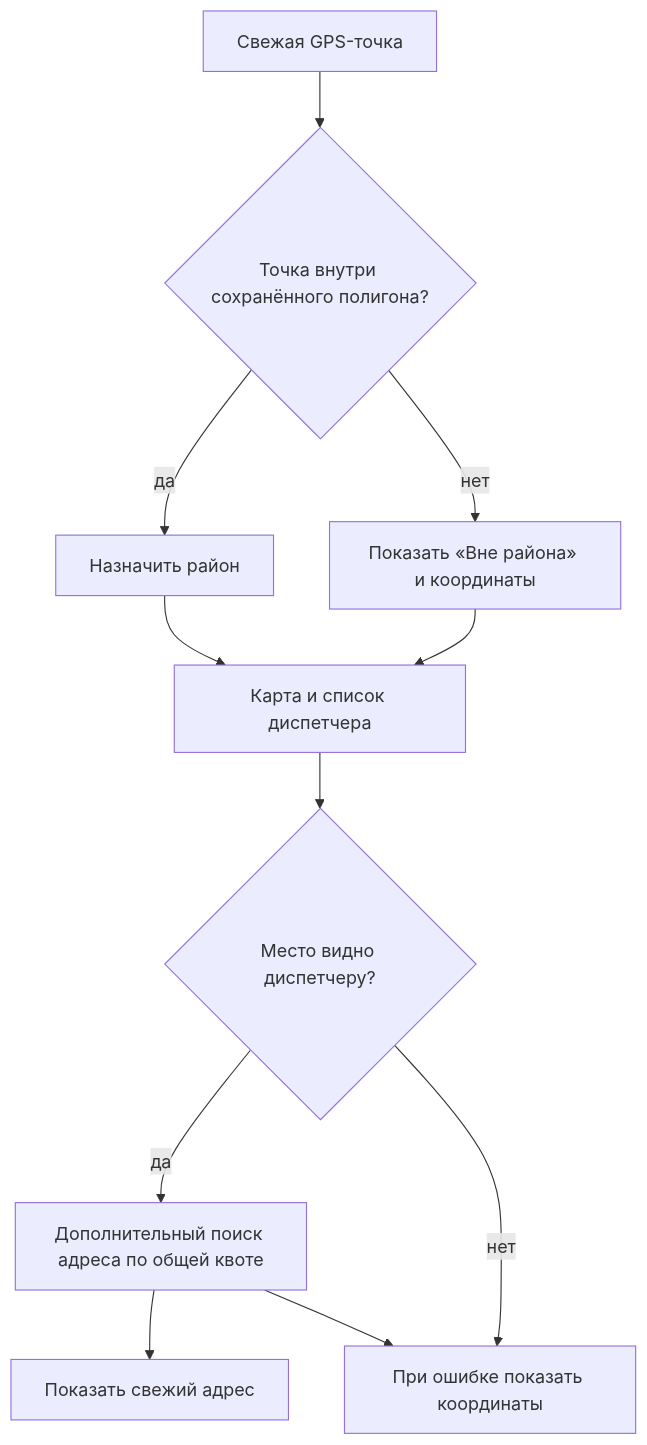
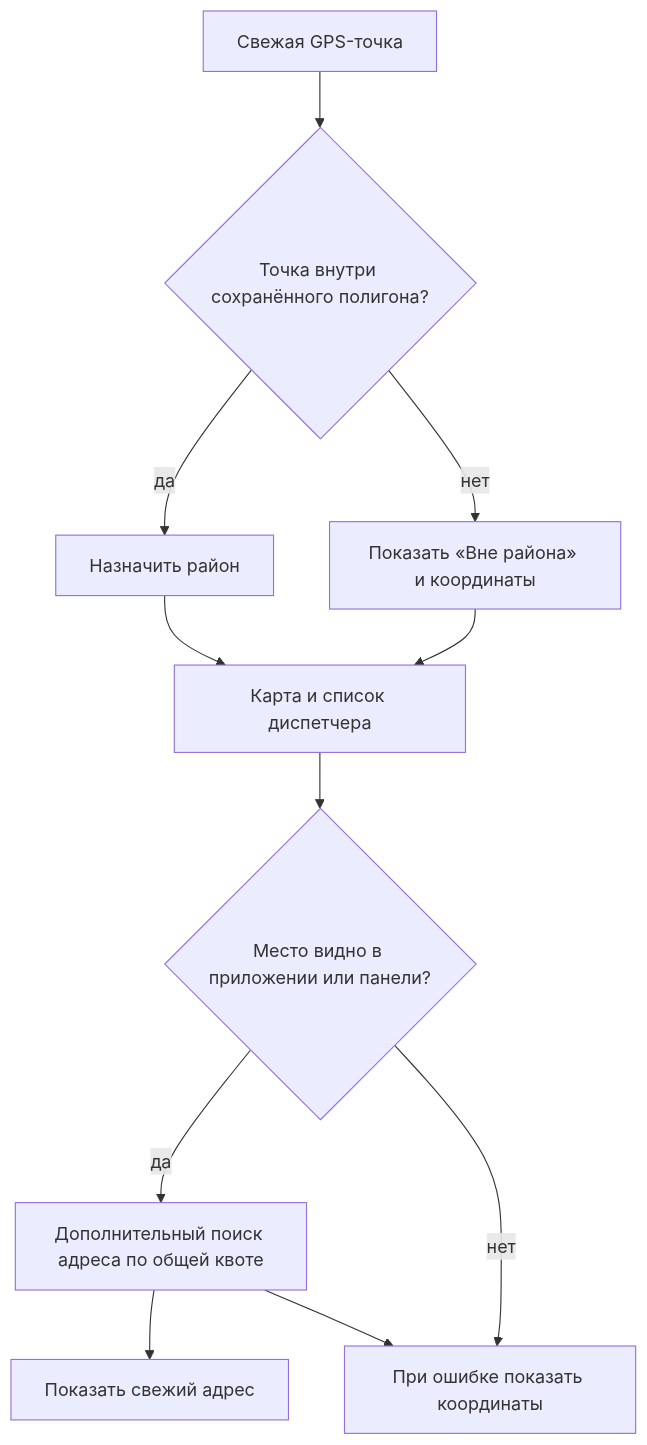
Before and after one commit to bagtyyarkovusov/tayyn-hyzmat-project: the sixth of 6 diagrams in docs/guide/flows.ru.md, drawn with Mermaid. The commit also changed other lines of this file and 13 other files, not shown here.

````diff
--- a/docs/guide/flows.ru.md
+++ b/docs/guide/flows.ru.md
@@ -103,13 +112,13 @@
 ```mermaid
 flowchart TD
   G[Свежая GPS-точка] --> R{Точка внутри сохранённого полигона?}
   R -- да --> RI[Назначить район]
   R -- нет --> RO[Показать «Вне района» и координаты]
   RI --> M[Карта и список диспетчера]
   RO --> M
-  M --> V{Место видно диспетчеру?}
+  M --> V{Место видно в приложении или панели?}
   V -- да --> L[Дополнительный поиск адреса по общей квоте]
   V -- нет --> C[Оставить только GPS]
   L --> A[Показать свежий адрес]
   L --> C[При ошибке показать координаты]
 ```
````
